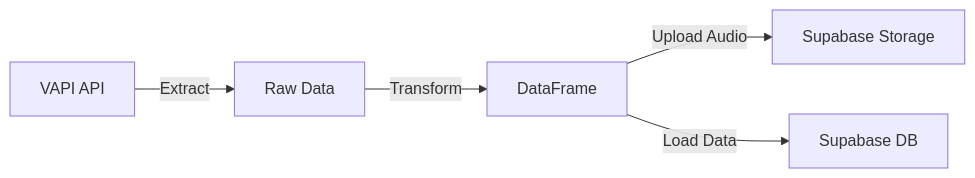
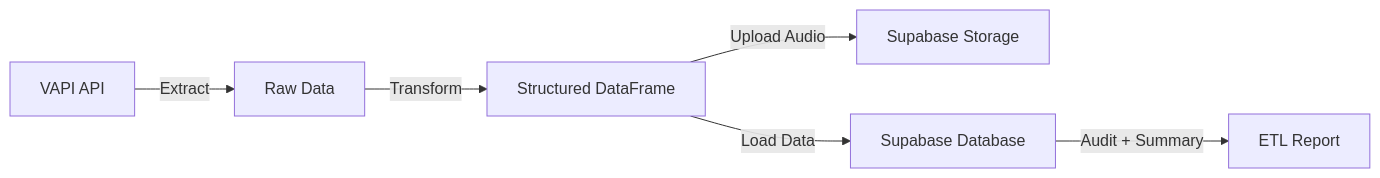
One commit to ronaks2309/vapi-elt-job changed the first of 2 diagrams in README.md. Above: the diagram before and after it, drawn with Mermaid. The commit also changed other lines of this file and 9 other files, not shown here.

````diff
--- a/README.md
+++ b/README.md
@@ -49,7 +50,8 @@
 ```mermaid
 graph LR
     A[VAPI API] -->|Extract| B[Raw Data]
-    B -->|Transform| C[DataFrame]
+    B -->|Transform| C[Structured DataFrame]
     C -->|Upload Audio| D[Supabase Storage]
-    C -->|Load Data| E[Supabase DB]
+    C -->|Load Data| E[Supabase Database]
+    E -->|Audit + Summary| F[ETL Report]
 ```
````
